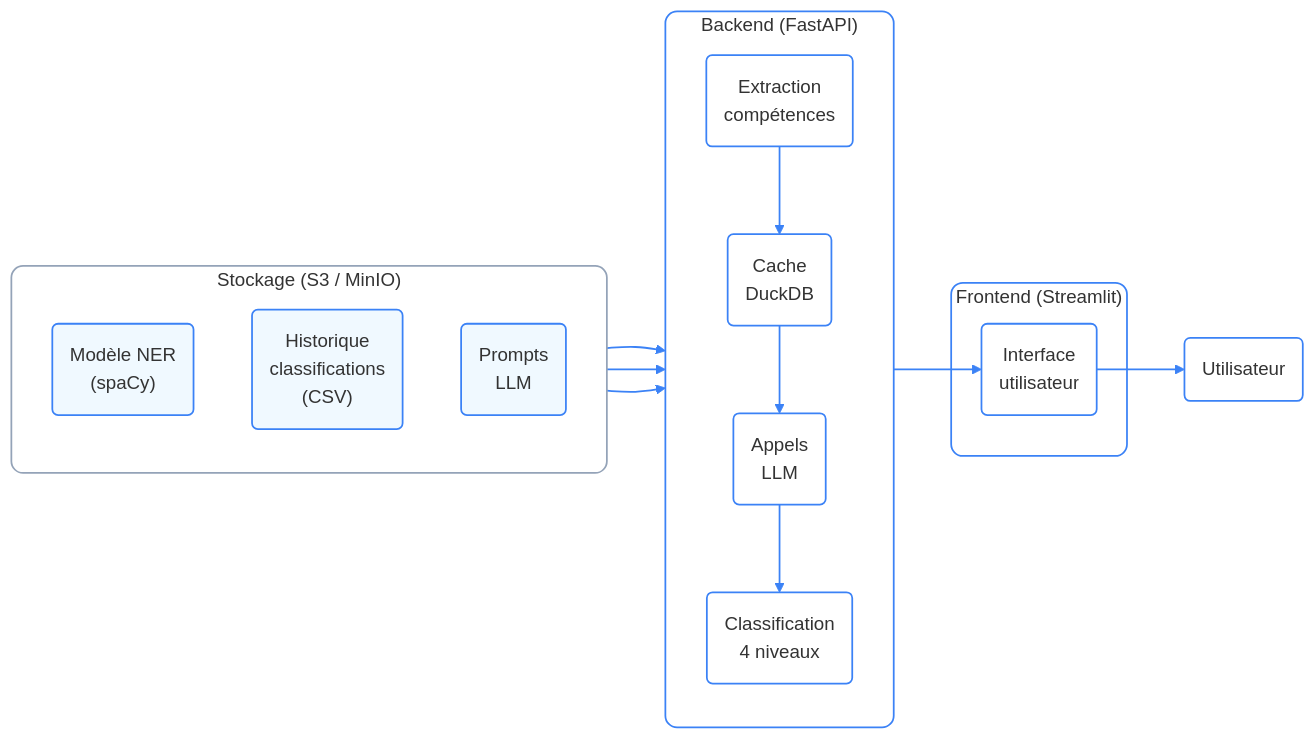
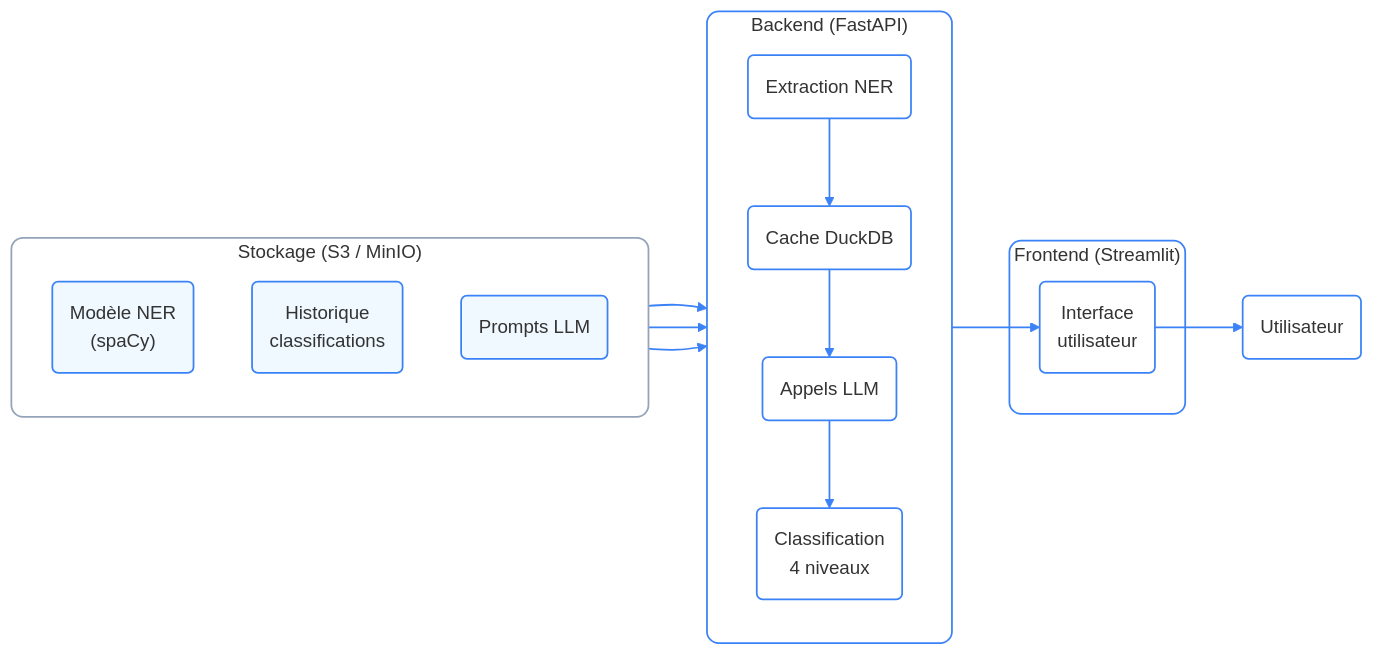
Before and after one commit to anhlinhpiketty/Mise_en_production_DS: the first of 2 diagrams in website/about.qmd, drawn with Mermaid. The commit also changed other lines of this file and 5 other files, not shown here.

````diff
--- a/website/about.qmd
+++ b/website/about.qmd
@@ -44,43 +47,44 @@
 ```{mermaid}
 %%| fig-align: center
 graph LR
     classDef plain fill:#fff,stroke:#3b82f6,stroke-width:1.5px,rx:5,ry:5,color:#333;
     classDef store fill:#f0f9ff,stroke:#3b82f6,stroke-width:1.5px,rx:5,ry:5,color:#333;
+    classDef gitops fill:#f0fdf4,stroke:#22c55e,stroke-width:1.5px,rx:5,ry:5,color:#333;
 
     subgraph Stockage ["Stockage (S3 / MinIO)"]
         direction TB
-        NER("Modèle NER\n(spaCy)")
-        HIST("Historique\nclassifications\n(CSV)")
-        PROMPTS("Prompts\nLLM")
+        NER("Modèle NER<br/>(spaCy)")
+        HIST("Historique<br/>classifications")
+        PROMPTS("Prompts LLM")
     end
 
     subgraph Backend ["Backend (FastAPI)"]
         direction TB
-        EXT("Extraction\ncompétences")
-        CACHE("Cache\nDuckDB")
-        LLM("Appels\nLLM")
-        CLASSIF("Classification\n4 niveaux")
+        EXT("Extraction NER")
+        CACHE("Cache DuckDB")
+        LLM("Appels LLM")
+        CLASSIF("Classification<br/>4 niveaux")
     end
 
     subgraph Frontend ["Frontend (Streamlit)"]
-        UI("Interface\nutilisateur")
+        UI("Interface<br/>utilisateur")
     end
 
     U("Utilisateur")
 
     NER --> EXT
     HIST --> CACHE
     PROMPTS --> LLM
     EXT --> CACHE
     CACHE --> LLM
     LLM --> CLASSIF
     CLASSIF --> UI
     UI --> U
 
     class U,UI,EXT,CACHE,LLM,CLASSIF plain;
     class NER,HIST,PROMPTS store;
     linkStyle default stroke:#3b82f6,stroke-width:1.5px;
     style Stockage fill:none,stroke:#94a3b8,stroke-width:1.5px,rx:10,ry:10
     style Backend fill:none,stroke:#3b82f6,stroke-width:1.5px,rx:10,ry:10
     style Frontend fill:none,stroke:#3b82f6,stroke-width:1.5px,rx:10,ry:10
 ```
````
